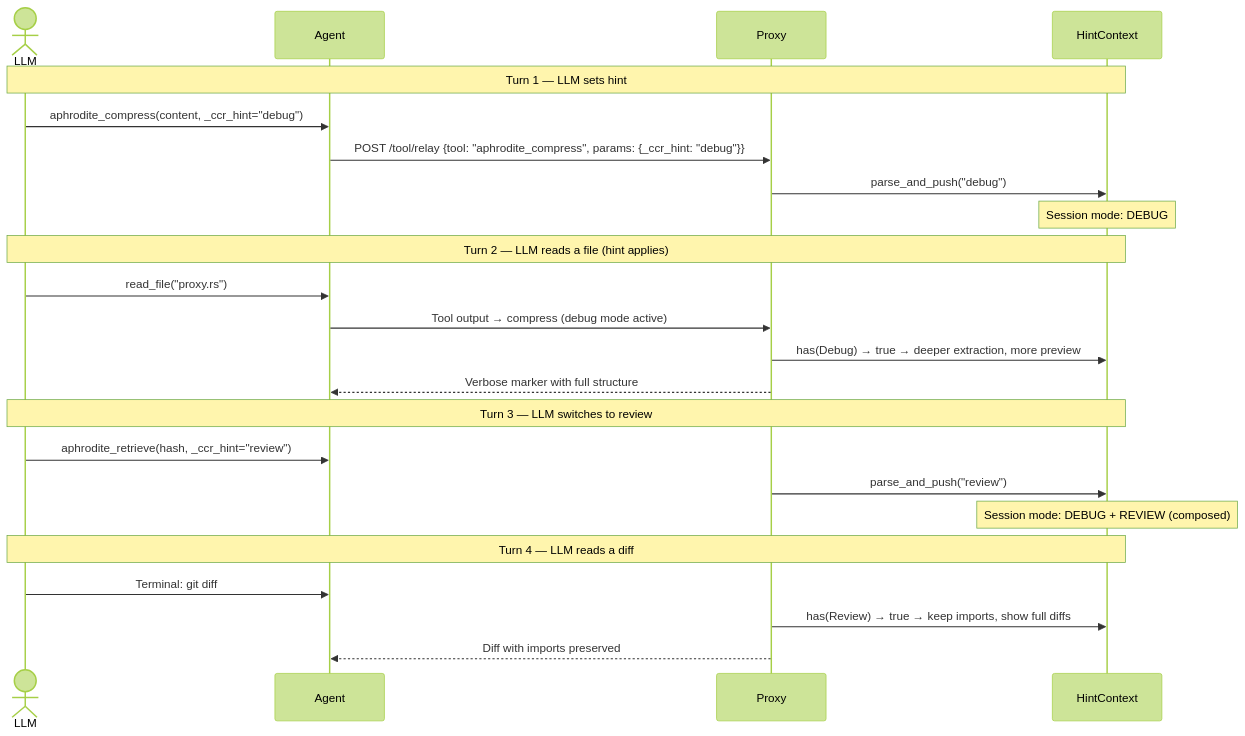
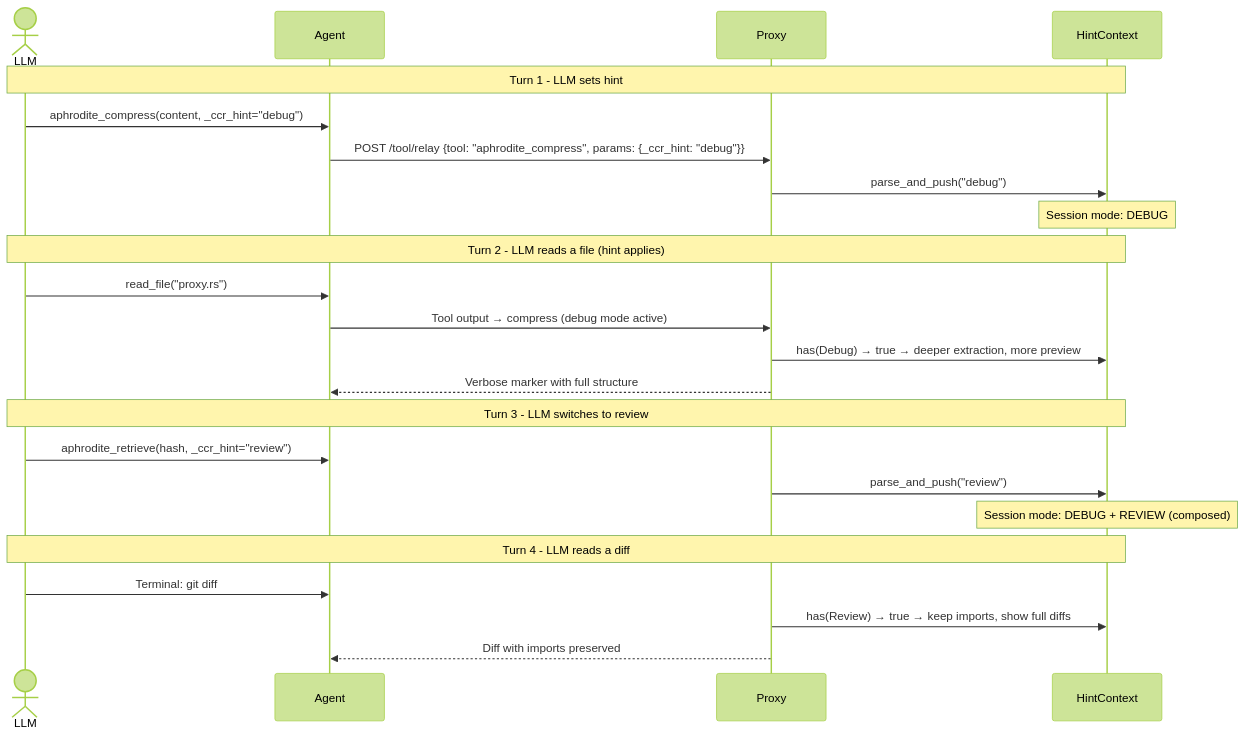
The second of 3 diagrams in docs/examples/llm-view.md (PlayForm/Aphrodite), drawn with Mermaid (forest theme) before and after one commit. The commit also changed other lines of this file and 46 other files, not shown here.

````diff
--- a/docs/examples/llm-view.md
+++ b/docs/examples/llm-view.md
@@ -90,29 +90,29 @@
 ```mermaid
 sequenceDiagram
     actor LLM
     participant Agent
     participant Proxy
     participant Hints as HintContext
 
-    Note over LLM,Hints: Turn 1 — LLM sets hint
+    Note over LLM,Hints: Turn 1  -  LLM sets hint
     LLM->>Agent: aphrodite_compress(content, _ccr_hint="debug")
     Agent->>Proxy: POST /tool/relay {tool: "aphrodite_compress", params: {_ccr_hint: "debug"}}
     Proxy->>Hints: parse_and_push("debug")
     Note over Hints: Session mode: DEBUG
 
-    Note over LLM,Hints: Turn 2 — LLM reads a file (hint applies)
+    Note over LLM,Hints: Turn 2  -  LLM reads a file (hint applies)
     LLM->>Agent: read_file("proxy.rs")
     Agent->>Proxy: Tool output → compress (debug mode active)
     Proxy->>Hints: has(Debug) → true → deeper extraction, more preview
     Proxy-->>Agent: Verbose marker with full structure
 
-    Note over LLM,Hints: Turn 3 — LLM switches to review
+    Note over LLM,Hints: Turn 3  -  LLM switches to review
     LLM->>Agent: aphrodite_retrieve(hash, _ccr_hint="review")
     Proxy->>Hints: parse_and_push("review")
     Note over Hints: Session mode: DEBUG + REVIEW (composed)
 
-    Note over LLM,Hints: Turn 4 — LLM reads a diff
+    Note over LLM,Hints: Turn 4  -  LLM reads a diff
     LLM->>Agent: Terminal: git diff
     Proxy->>Hints: has(Review) → true → keep imports, show full diffs
     Proxy-->>Agent: Diff with imports preserved
 ```
````
